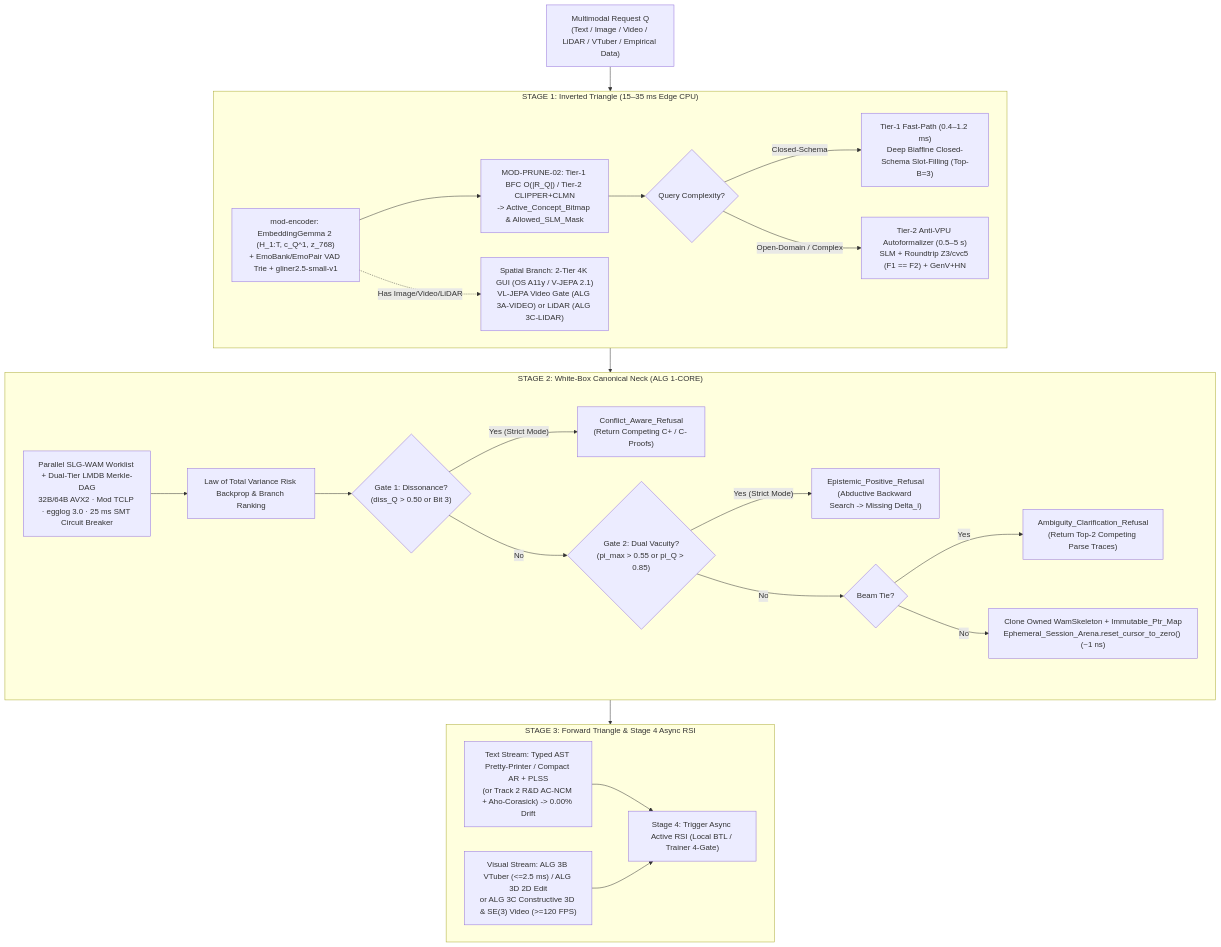
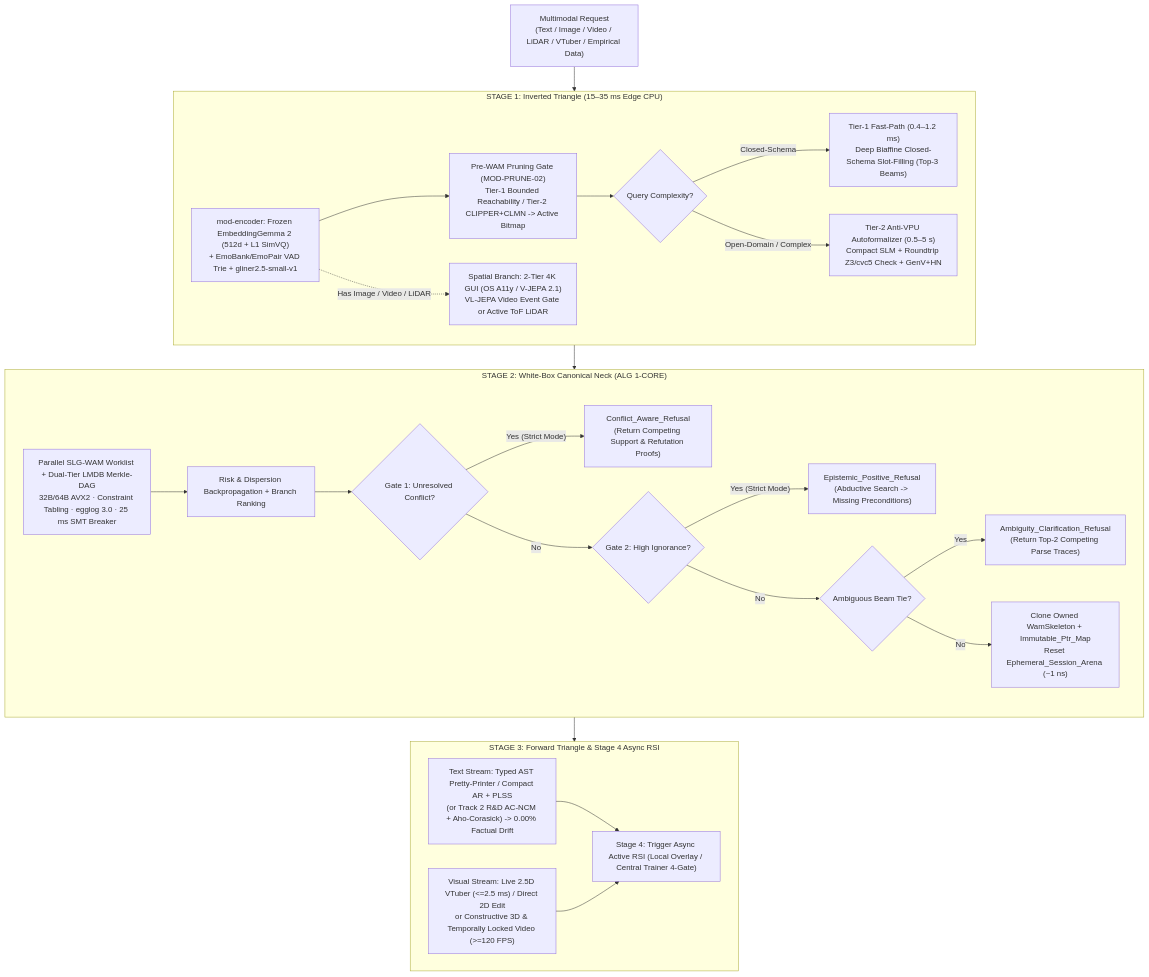
Before and after one commit to vuhoangquanhoctap-glitch/Takuma-1-Trinity: the second of 16 diagrams in README.md, drawn with Mermaid. The commit also changed other lines of this file, not shown here.

````diff
--- a/README.md
+++ b/README.md
@@ -164,49 +154,49 @@
 ```mermaid
 flowchart TD
-    REQ["Multimodal Request Q<br/>(Text / Image / Video / LiDAR / VTuber / Empirical Data)"] --> ST1
+    REQ["Multimodal Request<br/>(Text / Image / Video / LiDAR / VTuber / Empirical Data)"] --> ST1
 
     subgraph ST1["STAGE 1: Inverted Triangle (15–35 ms Edge CPU)"]
-        E1["mod-encoder: EmbeddingGemma 2 (H_1:T, c_Q^1, z_768)<br/>+ EmoBank/EmoPair VAD Trie + gliner2.5-small-v1"]
-        E2["MOD-PRUNE-02: Tier-1 BFC O(|R_Q|) / Tier-2 CLIPPER+CLMN<br/>-> Active_Concept_Bitmap & Allowed_SLM_Mask"]
+        E1["mod-encoder: Frozen EmbeddingGemma 2 (512d + L1 SimVQ)<br/>+ EmoBank/EmoPair VAD Trie + gliner2.5-small-v1"]
+        E2["Pre-WAM Pruning Gate (MOD-PRUNE-02)<br/>Tier-1 Bounded Reachability / Tier-2 CLIPPER+CLMN -> Active Bitmap"]
         E3{"Query Complexity?"}
-        E4["Tier-1 Fast-Path (0.4–1.2 ms)<br/>Deep Biaffine Closed-Schema Slot-Filling (Top-B=3)"]
-        E5["Tier-2 Anti-VPU Autoformalizer (0.5–5 s)<br/>SLM + Roundtrip Z3/cvc5 (F1 == F2) + GenV+HN"]
-        E6["Spatial Branch: 2-Tier 4K GUI (OS A11y / V-JEPA 2.1)<br/>VL-JEPA Video Gate (ALG 3A-VIDEO) or LiDAR (ALG 3C-LIDAR)"]
+        E4["Tier-1 Fast-Path (0.4–1.2 ms)<br/>Deep Biaffine Closed-Schema Slot-Filling (Top-3 Beams)"]
+        E5["Tier-2 Anti-VPU Autoformalizer (0.5–5 s)<br/>Compact SLM + Roundtrip Z3/cvc5 Check + GenV+HN"]
+        E6["Spatial Branch: 2-Tier 4K GUI (OS A11y / V-JEPA 2.1)<br/>VL-JEPA Video Event Gate or Active ToF LiDAR"]
         E1 --> E2 --> E3
         E3 -- "Closed-Schema" --> E4
         E3 -- "Open-Domain / Complex" --> E5
-        E1 -. "Has Image/Video/LiDAR" .-> E6
+        E1 -. "Has Image / Video / LiDAR" .-> E6
     end
 
     ST1 --> ST2
 
     subgraph ST2["STAGE 2: White-Box Canonical Neck (ALG 1-CORE)"]
-        W1["Parallel SLG-WAM Worklist + Dual-Tier LMDB Merkle-DAG<br/>32B/64B AVX2 · Mod TCLP · egglog 3.0 · 25 ms SMT Circuit Breaker"]
-        W2["Law of Total Variance Risk Backprop & Branch Ranking"]
-        G1{"Gate 1: Dissonance?<br/>(diss_Q > 0.50 or Bit 3)"}
-        G2{"Gate 2: Dual Vacuity?<br/>(pi_max > 0.55 or pi_Q > 0.85)"}
-        G3{"Beam Tie?"}
-        R1["Conflict_Aware_Refusal<br/>(Return Competing C+ / C- Proofs)"]
-        R2["Epistemic_Positive_Refusal<br/>(Abductive Backward Search -> Missing Delta_i)"]
+        W1["Parallel SLG-WAM Worklist + Dual-Tier LMDB Merkle-DAG<br/>32B/64B AVX2 · Constraint Tabling · egglog 3.0 · 25 ms SMT Breaker"]
+        W2["Risk & Dispersion Backpropagation + Branch Ranking"]
+        G1{"Gate 1: Unresolved Conflict?"}
+        G2{"Gate 2: High Ignorance?"}
+        G3{"Ambiguous Beam Tie?"}
+        R1["Conflict_Aware_Refusal<br/>(Return Competing Support & Refutation Proofs)"]
+        R2["Epistemic_Positive_Refusal<br/>(Abductive Search -> Missing Preconditions)"]
         R3["Ambiguity_Clarification_Refusal<br/>(Return Top-2 Competing Parse Traces)"]
-        SKEL["Clone Owned WamSkeleton + Immutable_Ptr_Map<br/>Ephemeral_Session_Arena.reset_cursor_to_zero() (~1 ns)"]
+        SKEL["Clone Owned WamSkeleton + Immutable_Ptr_Map<br/>Reset Ephemeral_Session_Arena (~1 ns)"]
 
         W1 --> W2 --> G1
         G1 -- "Yes (Strict Mode)" --> R1
         G1 -- "No" --> G2
         G2 -- "Yes (Strict Mode)" --> R2
         G2 -- "No" --> G3
         G3 -- "Yes" --> R3
         G3 -- "No" --> SKEL
     end
 
     ST2 --> ST3
 
     subgraph ST3["STAGE 3: Forward Triangle & Stage 4 Async RSI"]
-        T1["Text Stream: Typed AST Pretty-Printer / Compact AR + PLSS<br/>(or Track 2 R&D AC-NCM + Aho-Corasick) -> 0.00% Drift"]
-        V1["Visual Stream: ALG 3B VTuber (<=2.5 ms) / ALG 3D 2D Edit<br/>or ALG 3C Constructive 3D & SE(3) Video (>=120 FPS)"]
-        RSI["Stage 4: Trigger Async Active RSI (Local BTL / Trainer 4-Gate)"]
+        T1["Text Stream: Typed AST Pretty-Printer / Compact AR + PLSS<br/>(or Track 2 R&D AC-NCM + Aho-Corasick) -> 0.00% Factual Drift"]
+        V1["Visual Stream: Live 2.5D VTuber (<=2.5 ms) / Direct 2D Edit<br/>or Constructive 3D & Temporally Locked Video (>=120 FPS)"]
+        RSI["Stage 4: Trigger Async Active RSI (Local Overlay / Central Trainer 4-Gate)"]
         T1 --> RSI
         V1 --> RSI
     end
 ```
````
